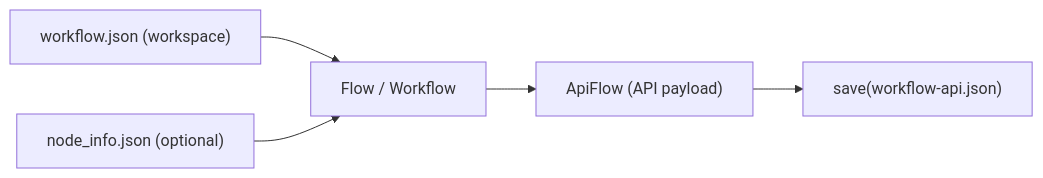
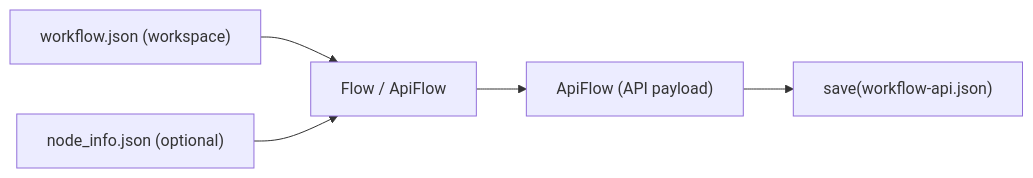
The first of 4 diagrams in docs/convert.md (chrisdreid/comfyui-autoflow), drawn with Mermaid before and after one commit. The commit also changed other lines of this file and 31 other files, not shown here.

Commit message:
Workflow class refactoring (Option A): absorbing auto-detection into ApiFlow, deprecating Workflow as a compatibility alias. Covers changes across models.py, flowtree.py, cli.py and smoke test results.

````diff
--- a/docs/convert.md
+++ b/docs/convert.md
@@ -5,7 +5,7 @@
 ```mermaid
 flowchart LR
-  workflowJson["workflow.json (workspace)"] --> flowObj["Flow / Workflow"]
+  workflowJson["workflow.json (workspace)"] --> flowObj["Flow / ApiFlow"]
   objectInfo["node_info.json (optional)"] --> flowObj
   flowObj --> apiFlow["ApiFlow (API payload)"]
   apiFlow --> saveApi["save(workflow-api.json)"]
 ```
````
